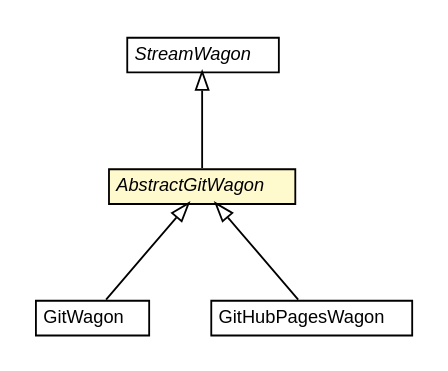
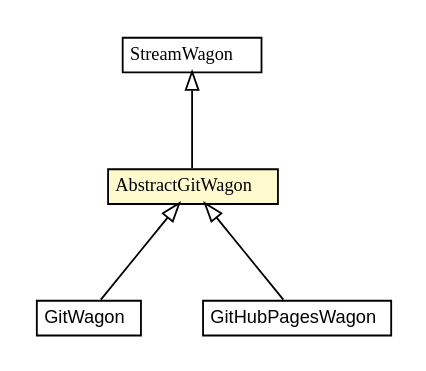
One commit to trajano/wagon-git changed the diagram in apidocs/net/trajano/wagon/git/internal/AbstractGitWagon.dot. Above: the diagram before and after it, drawn with Graphviz. The commit also changed 137 other files, not shown here.

Commit message:
wagon-git commit

```diff
--- a/apidocs/net/trajano/wagon/git/internal/AbstractGitWagon.dot
+++ b/apidocs/net/trajano/wagon/git/internal/AbstractGitWagon.dot
@@ -1,42 +1,42 @@
 #!/usr/local/bin/dot
 #
 # Class diagram 
 # Generated by UMLGraph version R5_6-24-gf6e263 (http://www.umlgraph.org/)
 #
 
 digraph G {
-	edge [fontname="Helvetica",fontsize=10,labelfontname="Helvetica",labelfontsize=10];
-	node [fontname="Helvetica",fontsize=10,shape=plaintext];
+	edge [fontname="arial",fontsize=10,labelfontname="arial",labelfontsize=10];
+	node [fontname="arial",fontsize=10,shape=plaintext];
 	nodesep=0.25;
 	ranksep=0.5;
 	// net.trajano.wagon.git.GitWagon
 	c13 [label=<<table title="net.trajano.wagon.git.GitWagon" border="0" cellborder="1" cellspacing="0" cellpadding="2" port="p" href="../GitWagon.html">
 		<tr><td><table border="0" cellspacing="0" cellpadding="1">
 <tr><td align="center" balign="center"> GitWagon </td></tr>
 		</table></td></tr>
-		</table>>, URL="../GitWagon.html", fontname="Helvetica", fontcolor="black", fontsize=10.0];
+		</table>>, URL="../GitWagon.html", fontname="arial", fontcolor="black", fontsize=10.0];
 	// net.trajano.wagon.git.GitHubPagesWagon
 	c15 [label=<<table title="net.trajano.wagon.git.GitHubPagesWagon" border="0" cellborder="1" cellspacing="0" cellpadding="2" port="p" href="../GitHubPagesWagon.html">
 		<tr><td><table border="0" cellspacing="0" cellpadding="1">
 <tr><td align="center" balign="center"> GitHubPagesWagon </td></tr>
 		</table></td></tr>
-		</table>>, URL="../GitHubPagesWagon.html", fontname="Helvetica", fontcolor="black", fontsize=10.0];
+		</table>>, URL="../GitHubPagesWagon.html", fontname="arial", fontcolor="black", fontsize=10.0];
 	// net.trajano.wagon.git.internal.AbstractGitWagon
-	c19 [label=<<table title="net.trajano.wagon.git.internal.AbstractGitWagon" border="0" cellborder="1" cellspacing="0" cellpadding="2" port="p" bgcolor="lemonChiffon" href="./AbstractGitWagon.html">
+	c21 [label=<<table title="net.trajano.wagon.git.internal.AbstractGitWagon" border="0" cellborder="1" cellspacing="0" cellpadding="2" port="p" bgcolor="lemonChiffon" href="./AbstractGitWagon.html">
 		<tr><td><table border="0" cellspacing="0" cellpadding="1">
-<tr><td align="center" balign="center"><font face="Helvetica-Oblique"> AbstractGitWagon </font></td></tr>
+<tr><td align="center" balign="center"><font face="arial italic"> AbstractGitWagon </font></td></tr>
 		</table></td></tr>
-		</table>>, URL="./AbstractGitWagon.html", fontname="Helvetica", fontcolor="black", fontsize=10.0];
+		</table>>, URL="./AbstractGitWagon.html", fontname="arial", fontcolor="black", fontsize=10.0];
 	//net.trajano.wagon.git.GitWagon extends net.trajano.wagon.git.internal.AbstractGitWagon
-	c19:p -> c13:p [dir=back,arrowtail=empty];
+	c21:p -> c13:p [dir=back,arrowtail=empty];
 	//net.trajano.wagon.git.GitHubPagesWagon extends net.trajano.wagon.git.internal.AbstractGitWagon
-	c19:p -> c15:p [dir=back,arrowtail=empty];
+	c21:p -> c15:p [dir=back,arrowtail=empty];
 	//net.trajano.wagon.git.internal.AbstractGitWagon extends org.apache.maven.wagon.StreamWagon
-	c24:p -> c19:p [dir=back,arrowtail=empty];
+	c24:p -> c21:p [dir=back,arrowtail=empty];
 	// org.apache.maven.wagon.StreamWagon
-	c24 [label=<<table title="org.apache.maven.wagon.StreamWagon" border="0" cellborder="1" cellspacing="0" cellpadding="2" port="p" href="http://java.sun.com/j2se/1.4.2/docs/api/org/apache/maven/wagon/StreamWagon.html">
+	c24 [label=<<table title="org.apache.maven.wagon.StreamWagon" border="0" cellborder="1" cellspacing="0" cellpadding="2" port="p">
 		<tr><td><table border="0" cellspacing="0" cellpadding="1">
-<tr><td align="center" balign="center"><font face="Helvetica-Oblique"> StreamWagon </font></td></tr>
+<tr><td align="center" balign="center"><font face="arial italic"> StreamWagon </font></td></tr>
 		</table></td></tr>
-		</table>>, URL="http://java.sun.com/j2se/1.4.2/docs/api/org/apache/maven/wagon/StreamWagon.html", fontname="Helvetica", fontcolor="black", fontsize=10.0];
+		</table>>, URL="null", fontname="arial", fontcolor="black", fontsize=10.0];
 }
```
